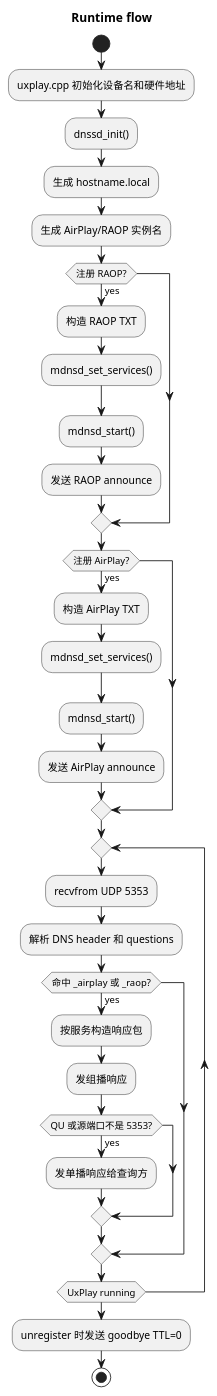
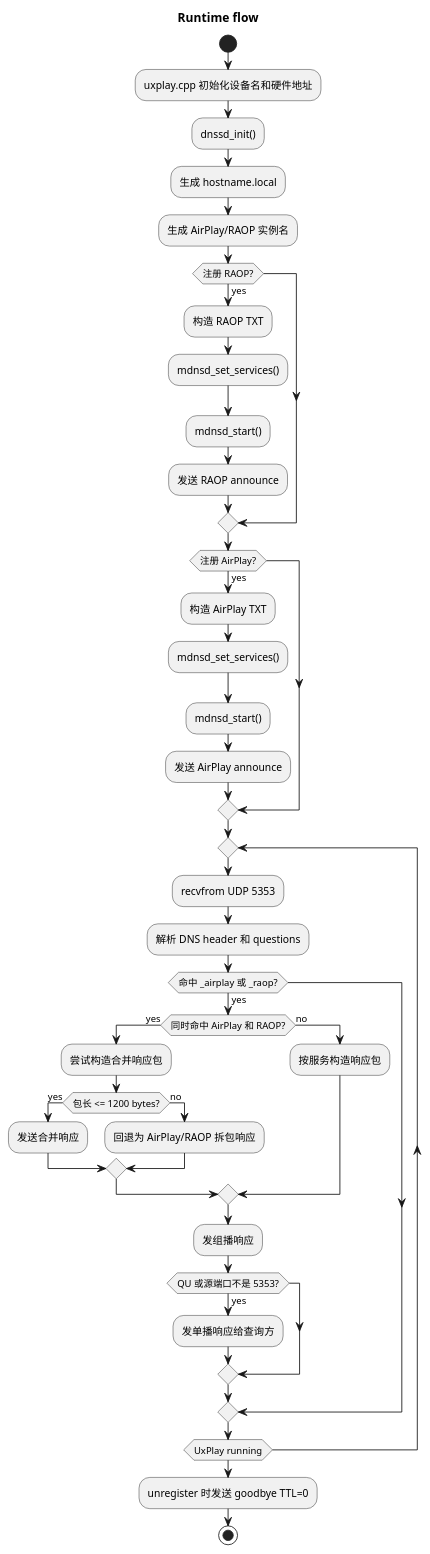
One commit to kgbook/blog changed the sixth of 6 diagrams in content/blog/Android/airplay_mdns_discovery/index.md. Above: the diagram before and after it, drawn with PlantUML. The commit also changed other lines of this file, not shown here.

Commit message:
docs: update AirPlay mDNS discovery article

````diff
--- a/content/blog/Android/airplay_mdns_discovery/index.md
+++ b/content/blog/Android/airplay_mdns_discovery/index.md
@@ -455,41 +474,50 @@
 ```plantuml
 @startuml
 title Runtime flow
 
 start
 :uxplay.cpp 初始化设备名和硬件地址;
 :dnssd_init();
 :生成 hostname.local;
 :生成 AirPlay/RAOP 实例名;
 
 if (注册 RAOP?) then (yes)
   :构造 RAOP TXT;
   :mdnsd_set_services();
   :mdnsd_start();
   :发送 RAOP announce;
 endif
 
 if (注册 AirPlay?) then (yes)
   :构造 AirPlay TXT;
   :mdnsd_set_services();
   :mdnsd_start();
   :发送 AirPlay announce;
 endif
 
 repeat
   :recvfrom UDP 5353;
   :解析 DNS header 和 questions;
   if (命中 _airplay 或 _raop?) then (yes)
-    :按服务构造响应包;
+    if (同时命中 AirPlay 和 RAOP?) then (yes)
+      :尝试构造合并响应包;
+      if (包长 <= 1200 bytes?) then (yes)
+        :发送合并响应;
+      else (no)
+        :回退为 AirPlay/RAOP 拆包响应;
+      endif
+    else (no)
+      :按服务构造响应包;
+    endif
     :发组播响应;
     if (QU 或源端口不是 5353?) then (yes)
       :发单播响应给查询方;
     endif
   endif
 repeat while (UxPlay running)
 
 :unregister 时发送 goodbye TTL=0;
 stop
 
 @enduml
 ```
````
